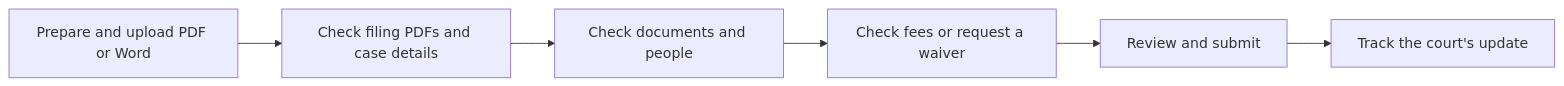
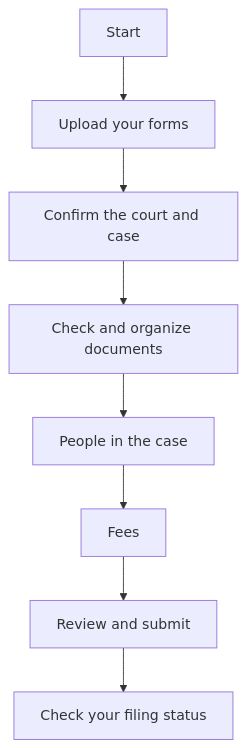
Before and after one commit to SuffolkLITLab/LITEfile: the second of 2 diagrams in docs/docs/user-guide/overview.md, drawn with Mermaid. The commit also changed other lines of this file and 77 other files, not shown here.

````diff
--- a/docs/docs/user-guide/overview.md
+++ b/docs/docs/user-guide/overview.md
@@ -17,8 +39,10 @@
 ```mermaid
-flowchart LR
-    A["Prepare and upload PDF or Word"] --> B["Check filing PDFs and case details"]
-    B --> C["Check documents and people"]
-    C --> D["Check fees or request a waiver"]
-    D --> E["Review and submit"]
-    E --> F["Track the court's update"]
+flowchart TD
+    S["Start"] --> U["Upload your forms"]
+    U --> C["Confirm the court and case"]
+    C --> D["Check and organize documents"]
+    D --> P["People in the case"]
+    P --> F["Fees"]
+    F --> R["Review and submit"]
+    R --> T["Check your filing status"]
 ```
````
